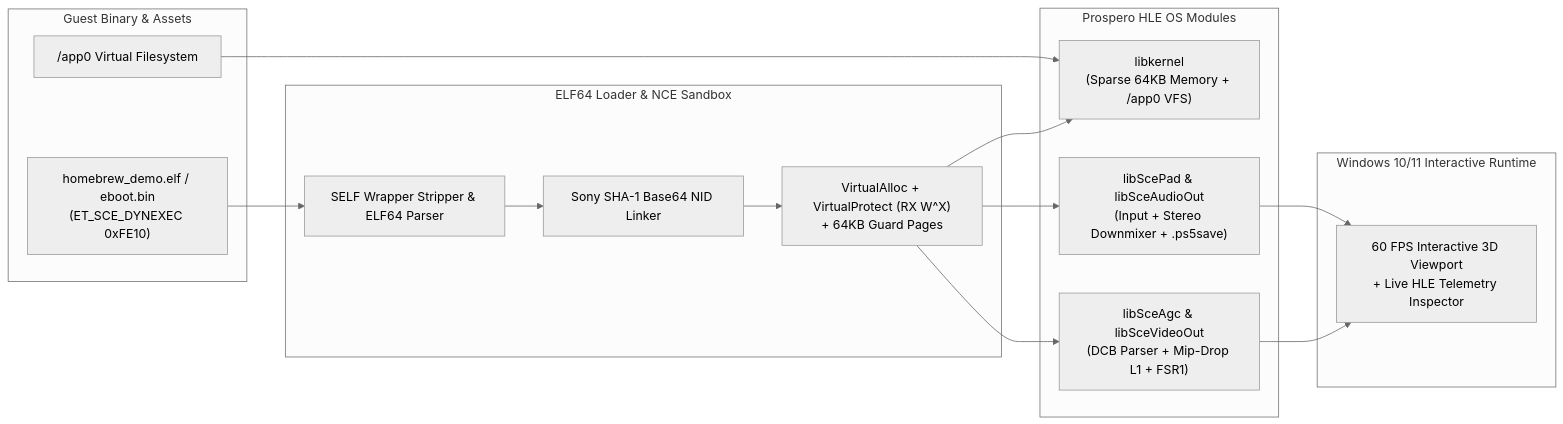
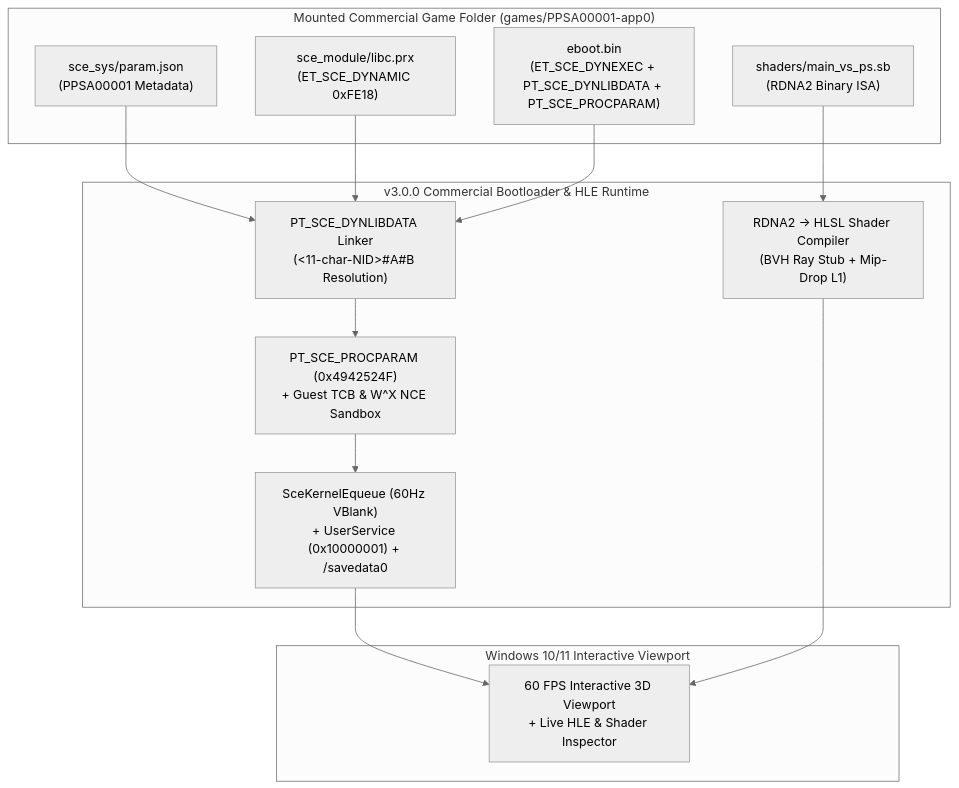
Before and after one commit to Irfan13121995/PS5-Emulator-Windows-11: the diagram in README.md, drawn with Mermaid (neutral theme). The commit also changed other lines of this file and 22 other files, not shown here.

Commit message:
Release v3.0.0: Commercial PS5 Game Runtime (PPSAxxxxx Mounter, PT_SCE_DYNLIBDATA Linker, PT_SCE_PROCPARAM, Equeue VBlank Sync, RDNA2->HLSL Shader Lifter & Built-In PPSA00001 Package)

````diff
--- a/README.md
+++ b/README.md
@@ -33,29 +32,25 @@
 ```mermaid
-flowchart LR
-    subgraph Input["Guest Binary & Assets"]
-        ELF["homebrew_demo.elf / eboot.bin\n(ET_SCE_DYNEXEC 0xFE10)"]
-        App0["/app0 Virtual Filesystem"]
+flowchart TD
+    subgraph GamePkg["Mounted Commercial Game Folder (games/PPSA00001-app0)"]
+        Param["sce_sys/param.json\n(PPSA00001 Metadata)"]
+        Libc["sce_module/libc.prx\n(ET_SCE_DYNAMIC 0xFE18)"]
+        Eboot["eboot.bin\n(ET_SCE_DYNEXEC + PT_SCE_DYNLIBDATA + PT_SCE_PROCPARAM)"]
+        ShaderBin["shaders/main_vs_ps.sb\n(RDNA2 Binary ISA)"]
     end
 
-    subgraph Loader["ELF64 Loader & NCE Sandbox"]
-        Stripper["SELF Wrapper Stripper & ELF64 Parser"]
-        NID["Sony SHA-1 Base64 NID Linker"]
-        WX["VirtualAlloc + VirtualProtect (RX W^X)\n+ 64KB Guard Pages"]
+    subgraph Runtime["v3.0.0 Commercial Bootloader & HLE Runtime"]
+        DynLinker["PT_SCE_DYNLIBDATA Linker\n(<11-char-NID>#A#B Resolution)"]
+        ProcParam["PT_SCE_PROCPARAM (0x4942524F)\n+ Guest TCB & W^X NCE Sandbox"]
+        Services["SceKernelEqueue (60Hz VBlank)\n+ UserService (0x10000001) + /savedata0"]
+        ShaderLifter["RDNA2 -> HLSL Shader Compiler\n(BVH Ray Stub + Mip-Drop L1)"]
     end
 
-    subgraph HLE["Prospero HLE OS Modules"]
-        Kernel["libkernel\n(Sparse 64KB Memory + /app0 VFS)"]
-        Agc["libSceAgc & libSceVideoOut\n(DCB Parser + Mip-Drop L1 + FSR1)"]
-        Pad["libScePad & libSceAudioOut\n(Input + Stereo Downmixer + .ps5save)"]
+    subgraph Host["Windows 10/11 Interactive Viewport"]
+        Viewport["60 FPS Interactive 3D Viewport\n+ Live HLE & Shader Inspector"]
     end
 
-    subgraph Host["Windows 10/11 Interactive Runtime"]
-        GUI["60 FPS Interactive 3D Viewport\n+ Live HLE Telemetry Inspector"]
-    end
-
-    ELF --> Stripper --> NID --> WX
-    WX --> Kernel
-    WX --> Agc --> GUI
-    WX --> Pad --> GUI
-    App0 --> Kernel
+    Param --> DynLinker
+    Libc --> DynLinker
+    Eboot --> DynLinker --> ProcParam --> Services --> Viewport
+    ShaderBin --> ShaderLifter --> Viewport
 ```
````
